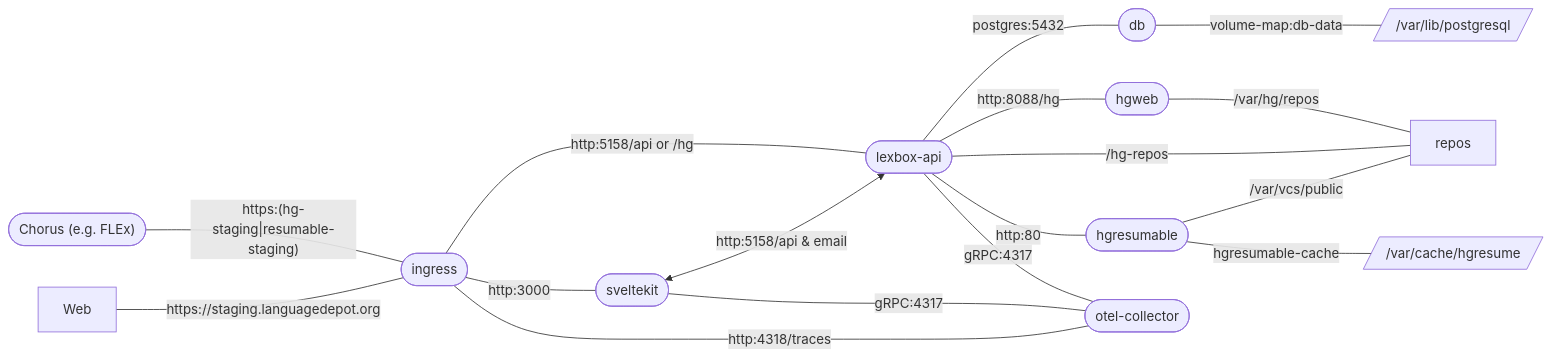
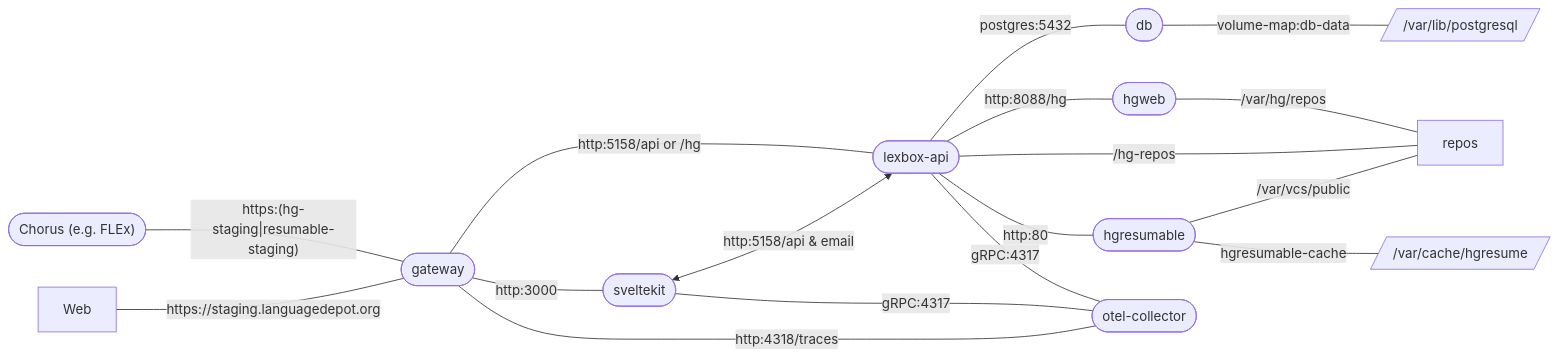
One commit to sillsdev/languageforge-lexbox changed the second of 2 diagrams in README.md. Above: the diagram before and after it, drawn with Mermaid. The commit also changed other lines of this file and 27 other files, not shown here.

````diff
--- a/README.md
+++ b/README.md
@@ -157,27 +157,27 @@
 ```mermaid
 
 flowchart LR
     Chorus(["Chorus (e.g. FLEx)"]) -- "https:(hg-staging|resumable-staging)" --- proxy
-    Web -- https://staging.languagedepot.org --- proxy([ingress])
+    Web -- https://staging.languagedepot.org --- proxy([gateway])
 
     proxy ---|http:5158/api or /hg| api([lexbox-api])
     proxy ---|http:3000| node([sveltekit])
 
     api -- postgres:5432 --- db([db])
     db -- volume-map:db-data --- data[//var/lib/postgresql/]
   
     api -- http:8088/hg --- hgweb([hgweb])
     hgweb -- /var/hg/repos --- repos
     api -- /hg-repos --- repos
 
     api -- http:80 --- hgresumable([hgresumable])
     hgresumable -- /var/vcs/public --- repos
     hgresumable -- hgresumable-cache --- cache[//var/cache/hgresume/]
 
     node <-->|http:5158/api & email| api
 
     api -- gRPC:4317 --- otel-collector([otel-collector])
     proxy ---|http:4318/traces| otel-collector
     node -- gRPC:4317 --- otel-collector
 
 ```
````
